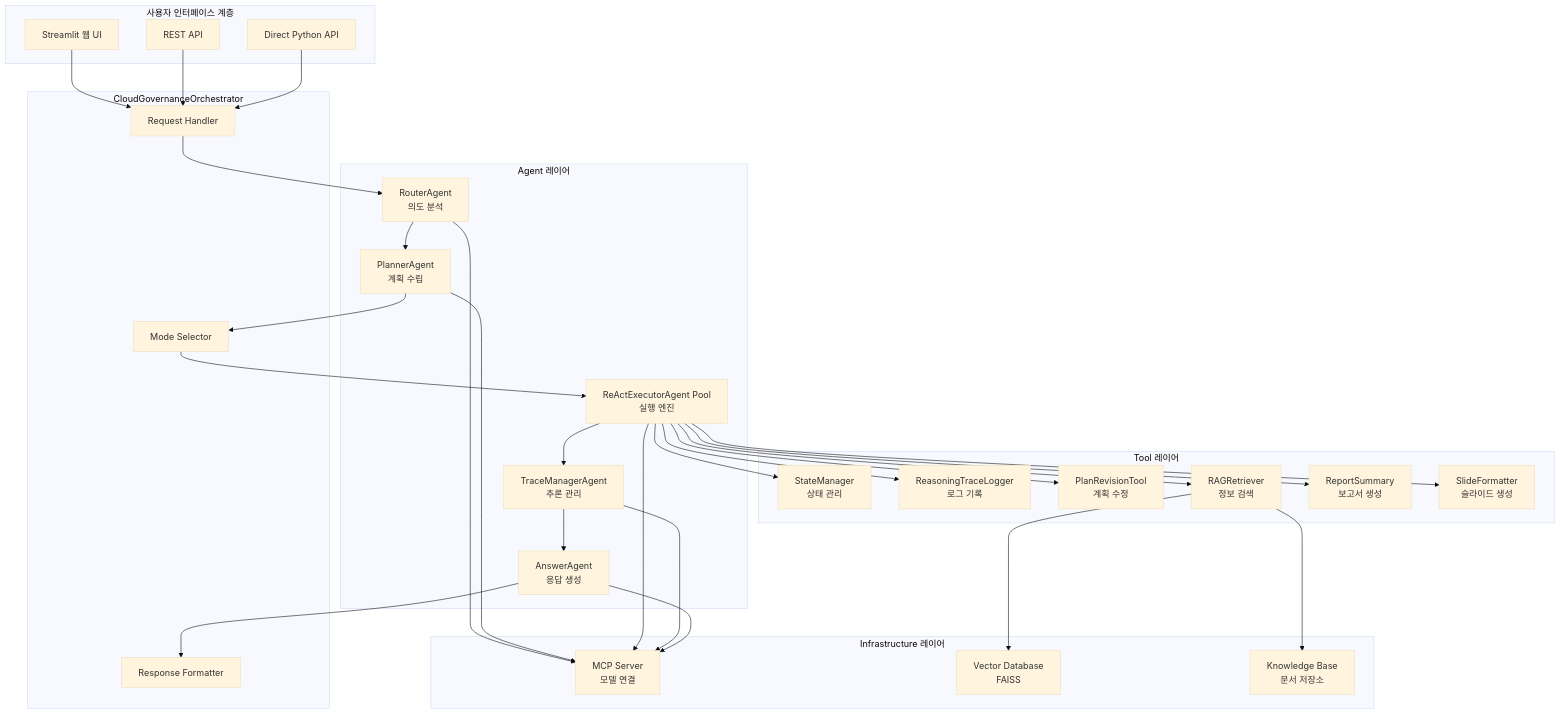
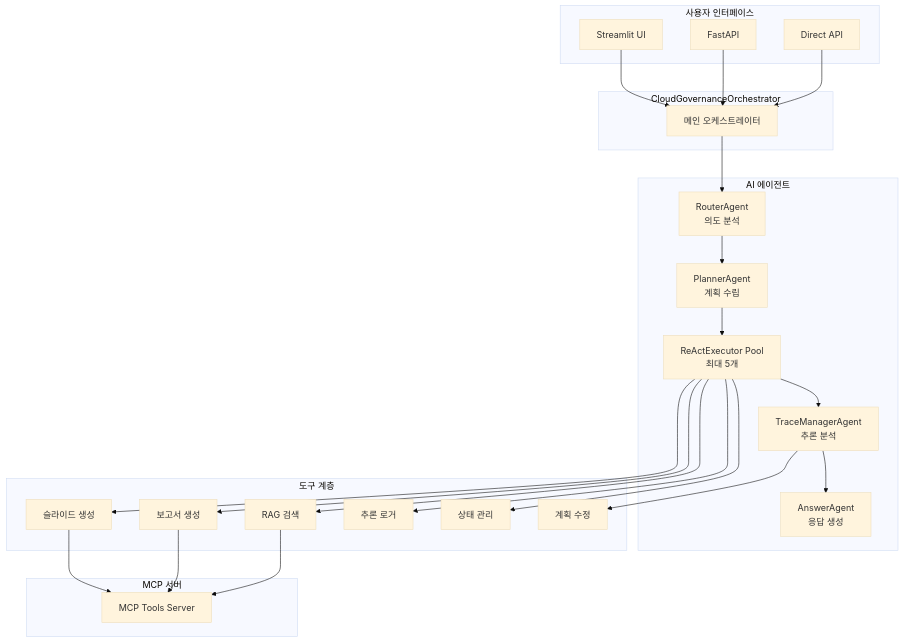
The first of 3 diagrams in README.md (Qulip/CloudRegiX), drawn with Mermaid (base theme) before and after one commit. The commit also changed other lines of this file, not shown here.

````diff
--- a/README.md
+++ b/README.md
@@ -324,64 +83,55 @@
 ```mermaid
 graph TB
-    subgraph "사용자 인터페이스 계층"
-        UI1[Streamlit 웹 UI]
-        UI2[REST API]
-        UI3[Direct Python API]
+    subgraph "사용자 인터페이스"
+        UI[Streamlit UI]
+        API[FastAPI]
+        Direct[Direct API]
     end
 
     subgraph "CloudGovernanceOrchestrator"
-        O1[Request Handler]
-        O2[Mode Selector]
-        O3[Response Formatter]
+        Orchestrator[메인 오케스트레이터]
     end
 
-    subgraph "Agent 레이어"
-        A1[RouterAgent<br/>의도 분석]
-        A2[PlannerAgent<br/>계획 수립]
-        A3[ReActExecutorAgent Pool<br/>실행 엔진]
-        A4[TraceManagerAgent<br/>추론 관리]
-        A5[AnswerAgent<br/>응답 생성]
+    subgraph "AI 에이전트"
+        Router[RouterAgent<br/>의도 분석]
+        Planner[PlannerAgent<br/>계획 수립]
+        ExecutorPool[ReActExecutor Pool<br/>최대 5개]
+        TraceManager[TraceManagerAgent<br/>추론 분석]
+        Answer[AnswerAgent<br/>응답 생성]
     end
 
-    subgraph "Tool 레이어"
-        T1[StateManager<br/>상태 관리]
-        T2[ReasoningTraceLogger<br/>로그 기록]
-        T3[PlanRevisionTool<br/>계획 수정]
-        T4[RAGRetriever<br/>정보 검색]
-        T5[ReportSummary<br/>보고서 생성]
-        T6[SlideFormatter<br/>슬라이드 생성]
+    subgraph "도구 계층"
+        StateManager[상태 관리]
+        Logger[추론 로거]
+        Revision[계획 수정]
+        RAG[RAG 검색]
+        Report[보고서 생성]
+        Slide[슬라이드 생성]
     end
 
-    subgraph "Infrastructure 레이어"
-        I1[MCP Server<br/>모델 연결]
-        I2[Vector Database<br/>FAISS]
-        I3[Knowledge Base<br/>문서 저장소]
+    subgraph "MCP 서버"
+        MCP[MCP Tools Server]
     end
 
-    UI1 --> O1
-    UI2 --> O1
-    UI3 --> O1
+    UI --> Orchestrator
+    API --> Orchestrator
+    Direct --> Orchestrator
 
-    O1 --> A1
-    A1 --> A2
-    A2 --> O2
-    O2 --> A3
-    A3 --> A4
-    A4 --> A5
-    A5 --> O3
+    Orchestrator --> Router
+    Router --> Planner
+    Planner --> ExecutorPool
+    ExecutorPool --> TraceManager
+    TraceManager --> Answer
 
-    A3 --> T1
-    A3 --> T2
-    A3 --> T3
-    A3 --> T4
-    A3 --> T5
-    A3 --> T6
+    ExecutorPool --> StateManager
+    ExecutorPool --> Logger
+    ExecutorPool --> RAG
+    ExecutorPool --> Report
+    ExecutorPool --> Slide
 
-    T4 --> I2
-    T4 --> I3
-    A1 --> I1
-    A2 --> I1
-    A3 --> I1
-    A4 --> I1
-    A5 --> I1
+    TraceManager --> Revision
+
+    RAG --> MCP
+    Report --> MCP
+    Slide --> MCP
 ```
````
